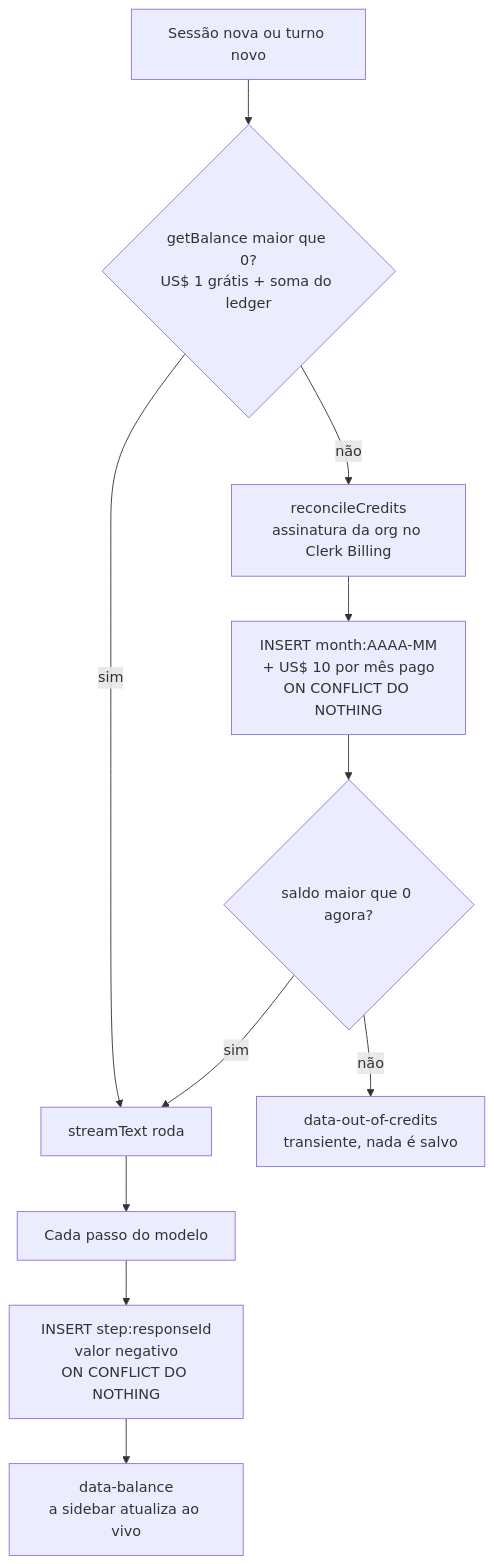
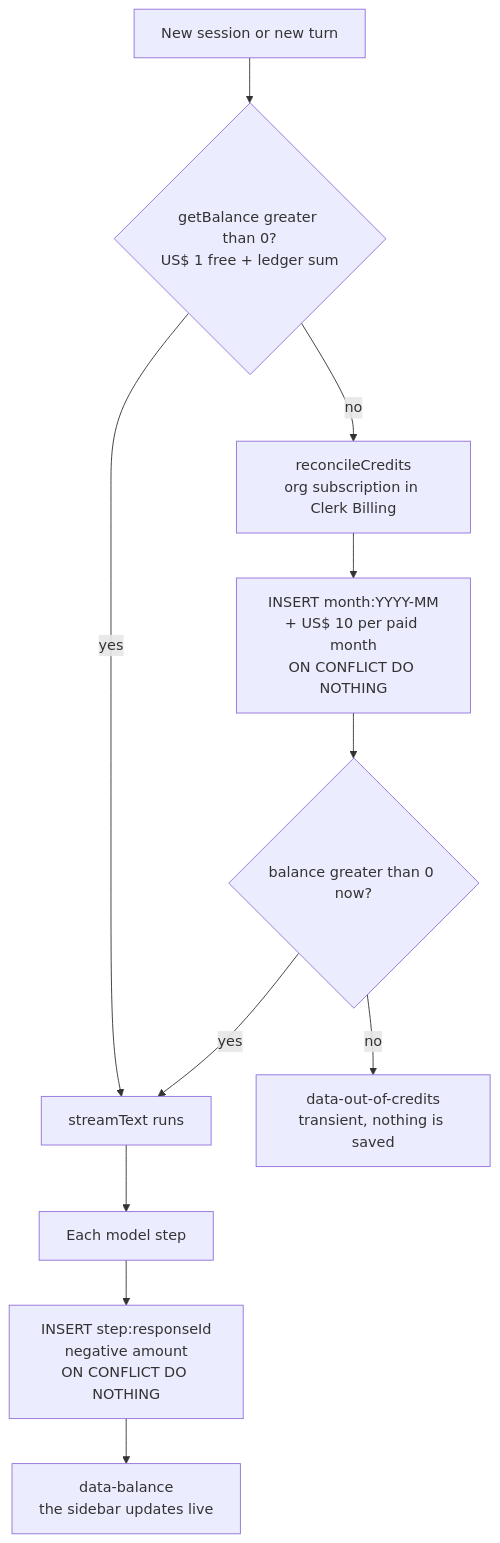
The fourth of 6 diagrams in README.md (renatomf/nextjs-playforge), drawn with Mermaid before and after one commit. The commit also changed other lines of this file and 5 other files, not shown here.

````diff
--- a/README.md
+++ b/README.md
@@ -265,14 +266,14 @@
 ```mermaid
 %%{init: {'themeVariables': {'clusterBkg': 'rgba(127,127,127,0.14)', 'clusterBorder': 'rgba(127,127,127,0.50)', 'noteBkgColor': 'rgba(127,127,127,0.14)', 'noteBorderColor': 'rgba(127,127,127,0.50)', 'labelBoxBkgColor': 'rgba(127,127,127,0.14)', 'labelBoxBorderColor': 'rgba(127,127,127,0.50)'}}}%%
 flowchart TB
-    Start["Sessão nova ou turno novo"] --> Bal{"getBalance maior que 0?<br/>US$ 1 grátis + soma do ledger"}
-    Bal -->|"sim"| Run["streamText roda"]
-    Bal -->|"não"| Rec["reconcileCredits<br/>assinatura da org no Clerk Billing"]
-    Rec --> Grant["INSERT month:AAAA-MM<br/>+ US$ 10 por mês pago<br/>ON CONFLICT DO NOTHING"]
-    Grant --> Bal2{"saldo maior que 0 agora?"}
-    Bal2 -->|"sim"| Run
-    Bal2 -->|"não"| Block["data-out-of-credits<br/>transiente, nada é salvo"]
-    Run --> Step["Cada passo do modelo"]
-    Step --> Charge["INSERT step:responseId<br/>valor negativo<br/>ON CONFLICT DO NOTHING"]
-    Charge --> Push["data-balance<br/>a sidebar atualiza ao vivo"]
+    Start["New session or new turn"] --> Bal{"getBalance greater than 0?<br/>US$ 1 free + ledger sum"}
+    Bal -->|"yes"| Run["streamText runs"]
+    Bal -->|"no"| Rec["reconcileCredits<br/>org subscription in Clerk Billing"]
+    Rec --> Grant["INSERT month:YYYY-MM<br/>+ US$ 10 per paid month<br/>ON CONFLICT DO NOTHING"]
+    Grant --> Bal2{"balance greater than 0 now?"}
+    Bal2 -->|"yes"| Run
+    Bal2 -->|"no"| Block["data-out-of-credits<br/>transient, nothing is saved"]
+    Run --> Step["Each model step"]
+    Step --> Charge["INSERT step:responseId<br/>negative amount<br/>ON CONFLICT DO NOTHING"]
+    Charge --> Push["data-balance<br/>the sidebar updates live"]
 ```
````
